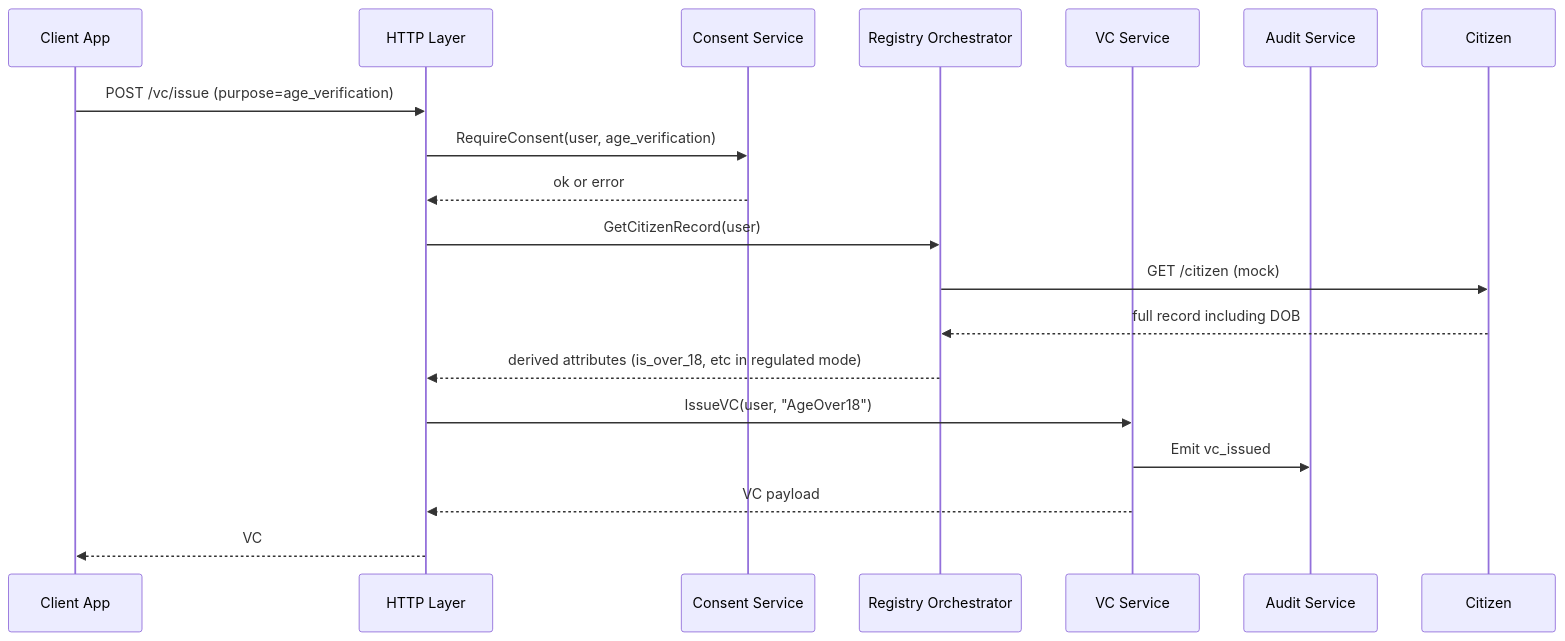
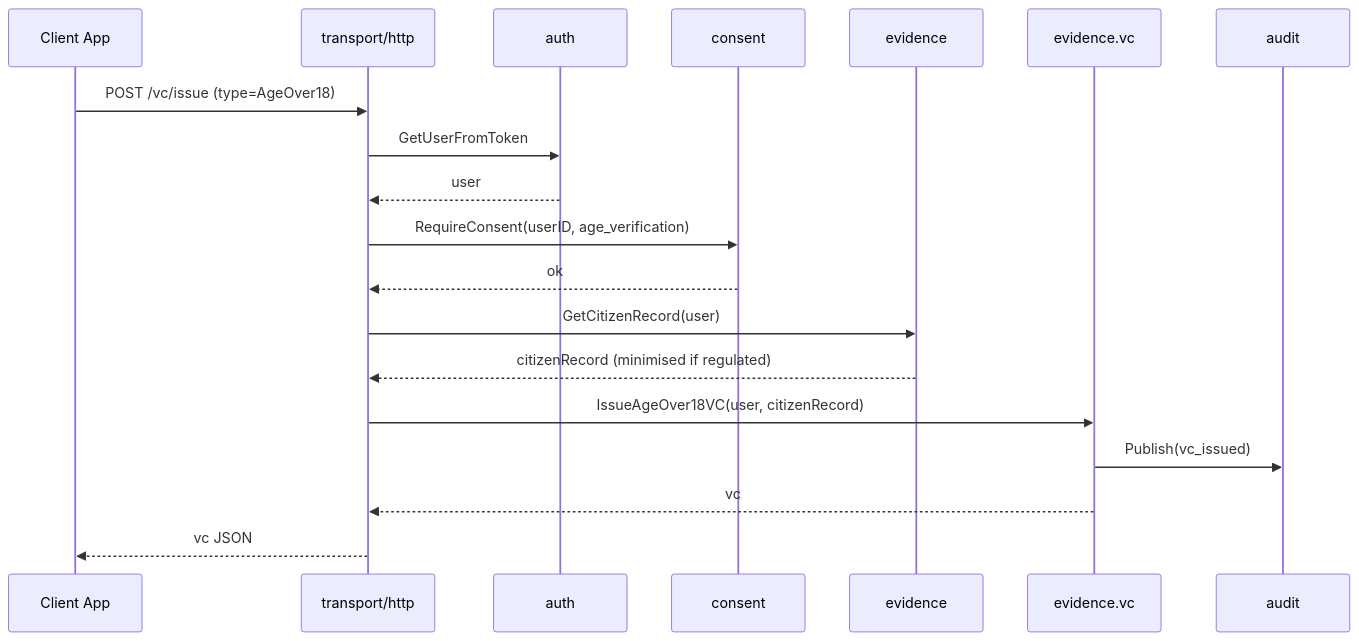
One commit to abramin/Credo changed the second of 4 diagrams in docs/architecture.md. Above: the diagram before and after it, drawn with Mermaid. The commit also changed other lines of this file and 59 other files, not shown here.

````diff
--- a/docs/architecture.md
+++ b/docs/architecture.md
@@ -295,24 +463,25 @@
 ```mermaid
 sequenceDiagram
     participant App as Client App
-    participant API as HTTP Layer
-    participant Consent as Consent Service
-    participant Reg as Registry Orchestrator
-    participant VC as VC Service
-    participant Audit as Audit Service
+    participant HTTP as transport/http
+    participant Auth as auth
+    participant Consent as consent
+    participant Evidence as evidence
+    participant VC as evidence.vc
+    participant Audit as audit
 
-    App->>API: POST /vc/issue (purpose=age_verification)
-    API->>Consent: RequireConsent(user, age_verification)
-    Consent-->>API: ok or error
+    App->>HTTP: POST /vc/issue (type=AgeOver18)
+    HTTP->>Auth: GetUserFromToken
+    Auth-->>HTTP: user
+    HTTP->>Consent: RequireConsent(userID, age_verification)
+    Consent-->>HTTP: ok
 
-    API->>Reg: GetCitizenRecord(user)
-    Reg->>Citizen: GET /citizen (mock)
-    Citizen-->>Reg: full record including DOB
-    Reg-->>API: derived attributes (is_over_18, etc in regulated mode)
+    HTTP->>Evidence: GetCitizenRecord(user)
+    Evidence-->>HTTP: citizenRecord (minimised if regulated)
 
-    API->>VC: IssueVC(user, "AgeOver18")
-    VC->>Audit: Emit vc_issued
-    VC-->>API: VC payload
+    HTTP->>VC: IssueAgeOver18VC(user, citizenRecord)
+    VC->>Audit: Publish(vc_issued)
+    VC-->>HTTP: vc
 
-    API-->>App: VC
+    HTTP-->>App: vc JSON
 ```
````
